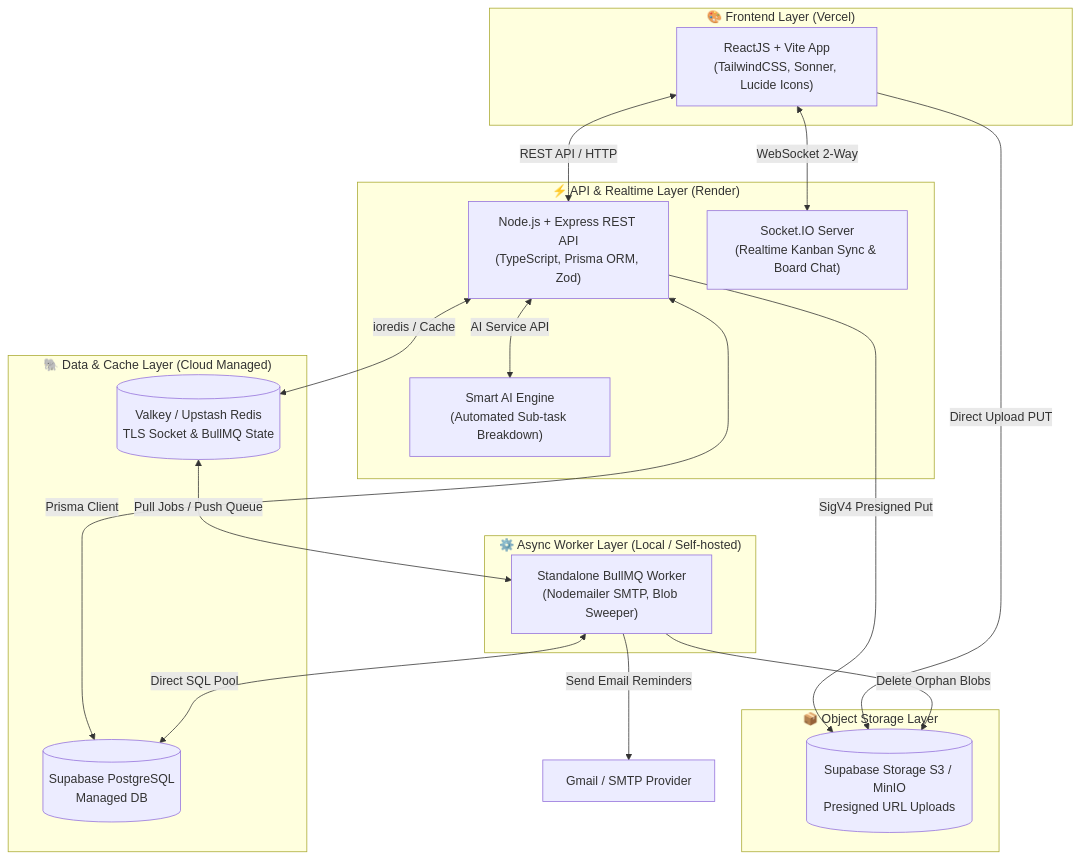
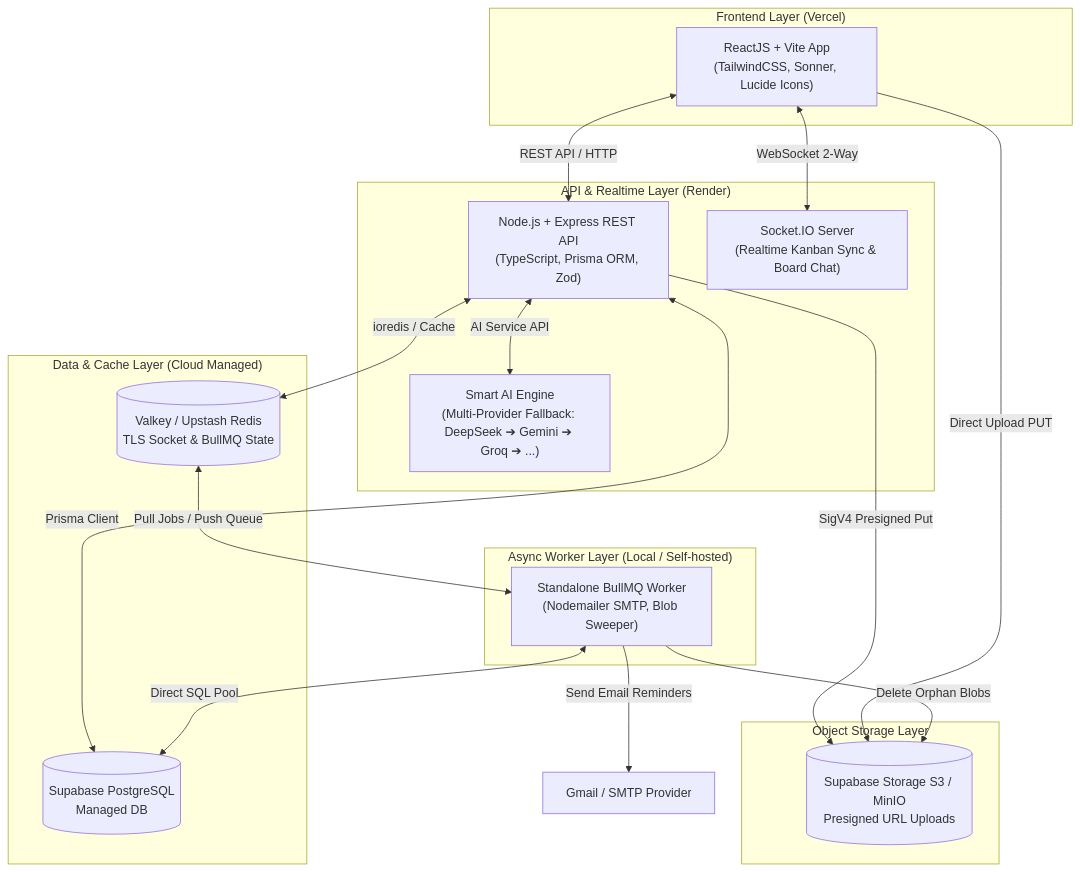
The diagram in README.md (tvquang0511/TeamHub), drawn with Mermaid before and after one commit. The commit also changed other lines of this file and 1 other file, not shown here.

Commit message:
feat: implement CardChecklistsSection component with AI-powered task breakdown and CRUD operations for checklists

````diff
--- a/README.md
+++ b/README.md
@@ -107,38 +107,38 @@
 ```mermaid
 flowchart TD
-    subgraph ClientLayer ["🎨 Frontend Layer (Vercel)"]
+    subgraph ClientLayer ["Frontend Layer (Vercel)"]
         FE["ReactJS + Vite App\n(TailwindCSS, Sonner, Lucide Icons)"]
     end
 
-    subgraph APILayer ["⚡ API & Realtime Layer (Render)"]
+    subgraph APILayer ["API & Realtime Layer (Render)"]
         API["Node.js + Express REST API\n(TypeScript, Prisma ORM, Zod)"]
         SOCKET["Socket.IO Server\n(Realtime Kanban Sync & Board Chat)"]
-        AI["Smart AI Engine\n(Automated Sub-task Breakdown)"]
+        AI["Smart AI Engine\n(Multi-Provider Fallback: DeepSeek ➔ Gemini ➔ Groq ➔ ...)"]
     end
 
-    subgraph DataLayer ["🐘 Data & Cache Layer (Cloud Managed)"]
+    subgraph DataLayer ["Data & Cache Layer (Cloud Managed)"]
         DB[(Supabase PostgreSQL\nManaged DB)]
         REDIS[(Valkey / Upstash Redis\nTLS Socket & BullMQ State)]
     end
 
-    subgraph WorkerLayer ["⚙️ Async Worker Layer (Local / Self-hosted)"]
+    subgraph WorkerLayer ["Async Worker Layer (Local / Self-hosted)"]
         WORKER["Standalone BullMQ Worker\n(Nodemailer SMTP, Blob Sweeper)"]
     end
 
-    subgraph StorageLayer ["📦 Object Storage Layer"]
+    subgraph StorageLayer ["Object Storage Layer"]
         S3[(Supabase Storage S3 / MinIO\nPresigned URL Uploads)]
     end
 
     FE <-->|REST API / HTTP| API
     FE <-->|WebSocket 2-Way| SOCKET
     API <-->|AI Service API| AI
     API <-->|Prisma Client| DB
     API <-->|ioredis / Cache| REDIS
     API -->|SigV4 Presigned Put| S3
     FE -->|Direct Upload PUT| S3
     
     REDIS <-->|Pull Jobs / Push Queue| WORKER
     WORKER <-->|Direct SQL Pool| DB
     WORKER -->|Delete Orphan Blobs| S3
     WORKER -->|Send Email Reminders| SMTP[Gmail / SMTP Provider]
 ```
````
